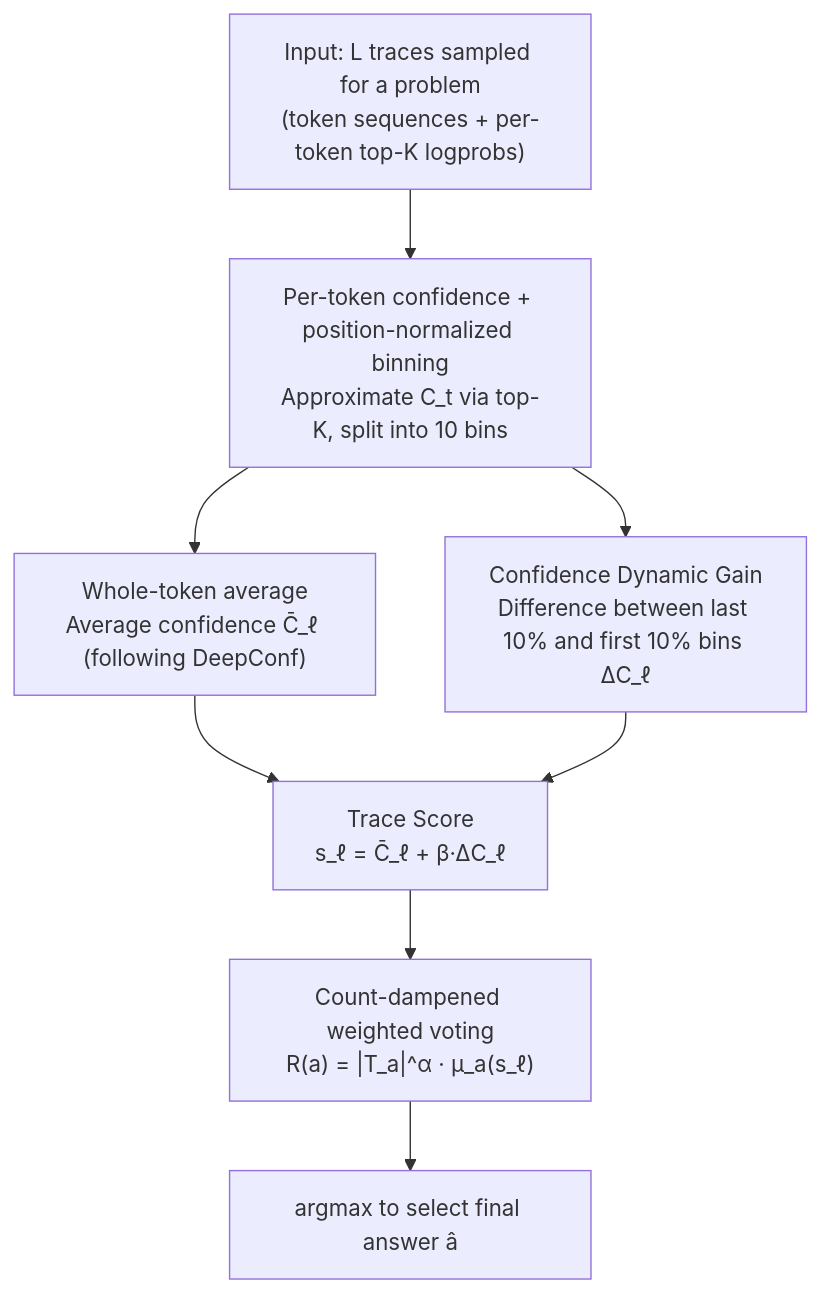
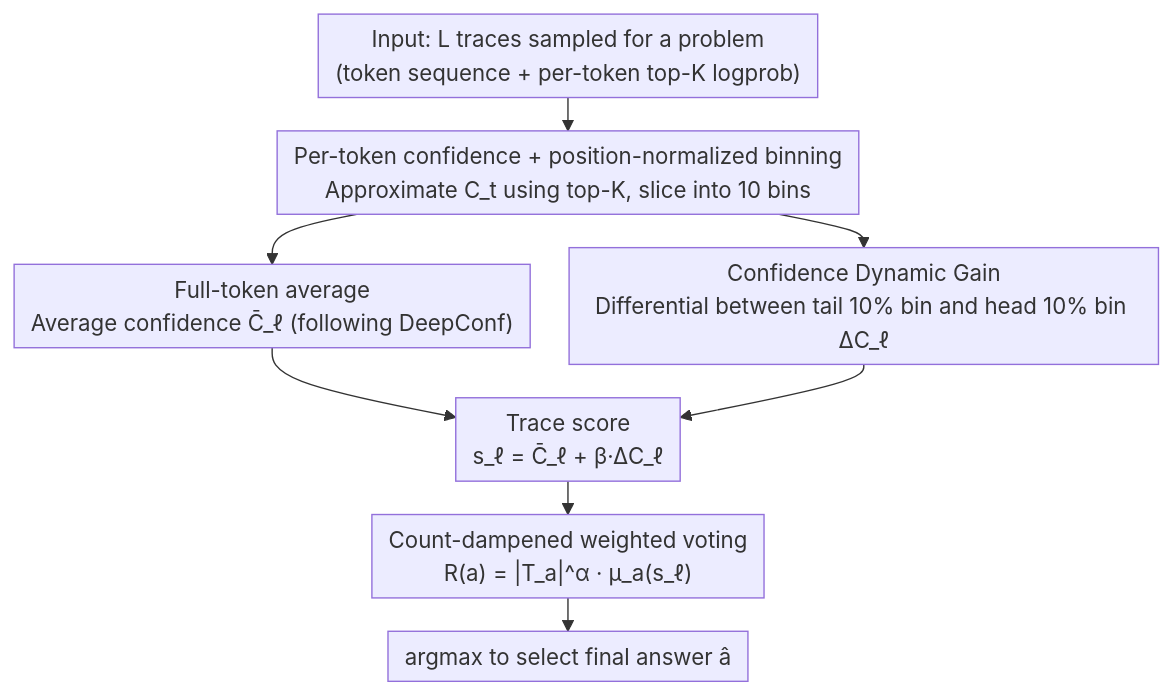
The diagram in docs/ICML2026/llm_reasoning/inference_time_optimization_with_confidence_dynamics.md (zhaoyang97/Paper-Notes-en), drawn with Mermaid before and after one commit. The commit also changed other lines of this file and 5084 other files, not shown here.

````diff
--- a/docs/ICML2026/llm_reasoning/inference_time_optimization_with_confidence_dynamics.md
+++ b/docs/ICML2026/llm_reasoning/inference_time_optimization_with_confidence_dynamics.md
@@ -44,11 +44,12 @@
 ```mermaid
-graph TD
-    A["Input: L traces sampled for a problem<br/>(token sequences + per-token top-K logprobs)"]
-    A --> B["Per-token confidence + position-normalized binning<br/>Approximate C_t via top-K, split into 10 bins"]
-    B --> C["Whole-token average<br/>Average confidence C̄_ℓ (following DeepConf)"]
-    B --> D["Confidence Dynamic Gain<br/>Difference between last 10% and first 10% bins ΔC_ℓ"]
-    C --> E["Trace Score<br/>s_ℓ = C̄_ℓ + β·ΔC_ℓ"]
+%%{init: {'flowchart': {'rankSpacing': 24, 'nodeSpacing': 28, 'padding': 6, 'wrappingWidth': 400}}}%%
+flowchart TD
+    A["Input: L traces sampled for a problem<br/>(token sequence + per-token top-K logprob)"]
+    A --> B["Per-token confidence + position-normalized binning<br/>Approximate C_t using top-K, slice into 10 bins"]
+    B --> C["Full-token average<br/>Average confidence C̄_ℓ (following DeepConf)"]
+    B --> D["Confidence Dynamic Gain<br/>Differential between tail 10% bin and head 10% bin ΔC_ℓ"]
+    C --> E["Trace score<br/>s_ℓ = C̄_ℓ + β·ΔC_ℓ"]
     D --> E
     E --> F["Count-dampened weighted voting<br/>R(a) = |T_a|^α · μ_a(s_ℓ)"]
     F --> G["argmax to select final answer â"]
 ```
````
